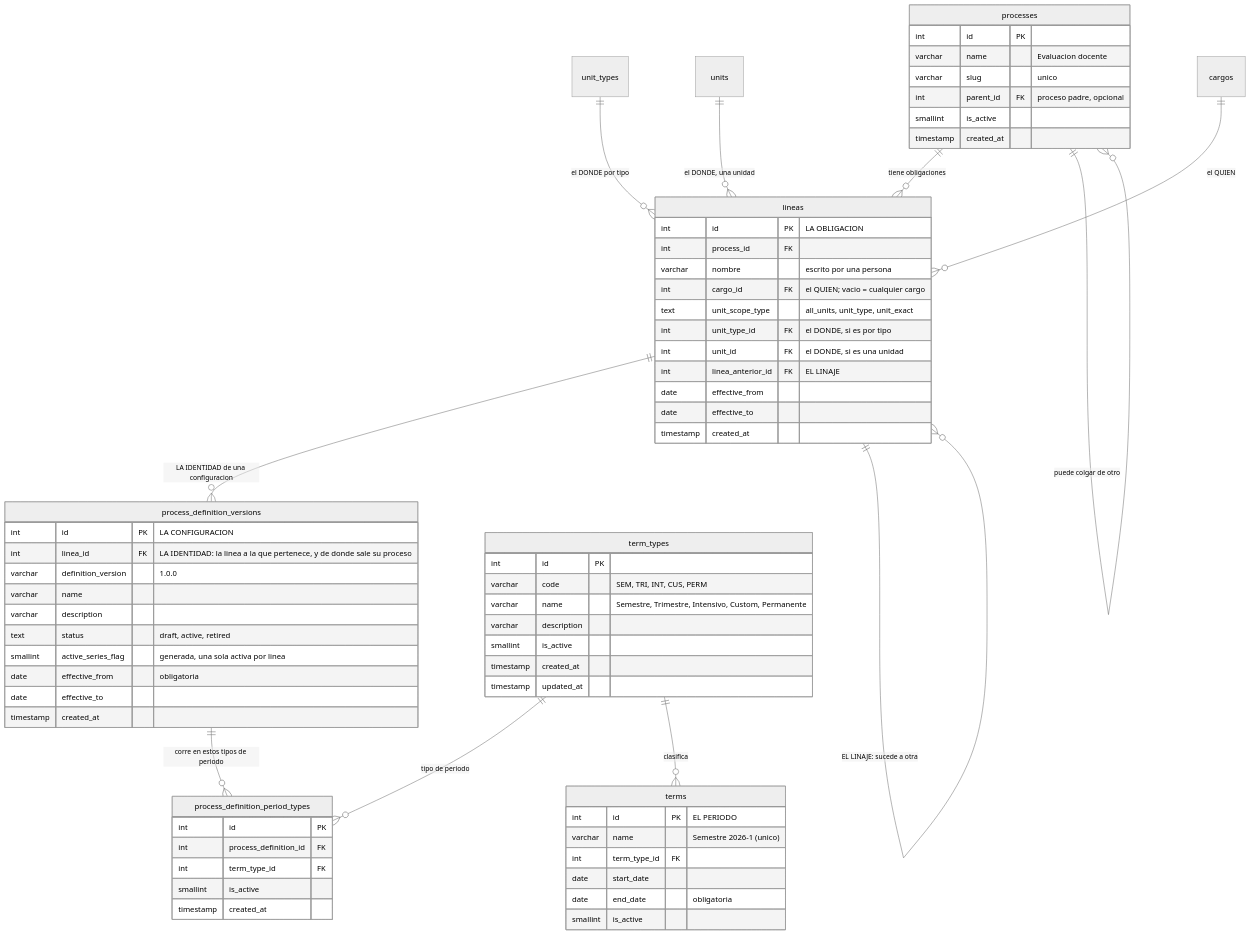
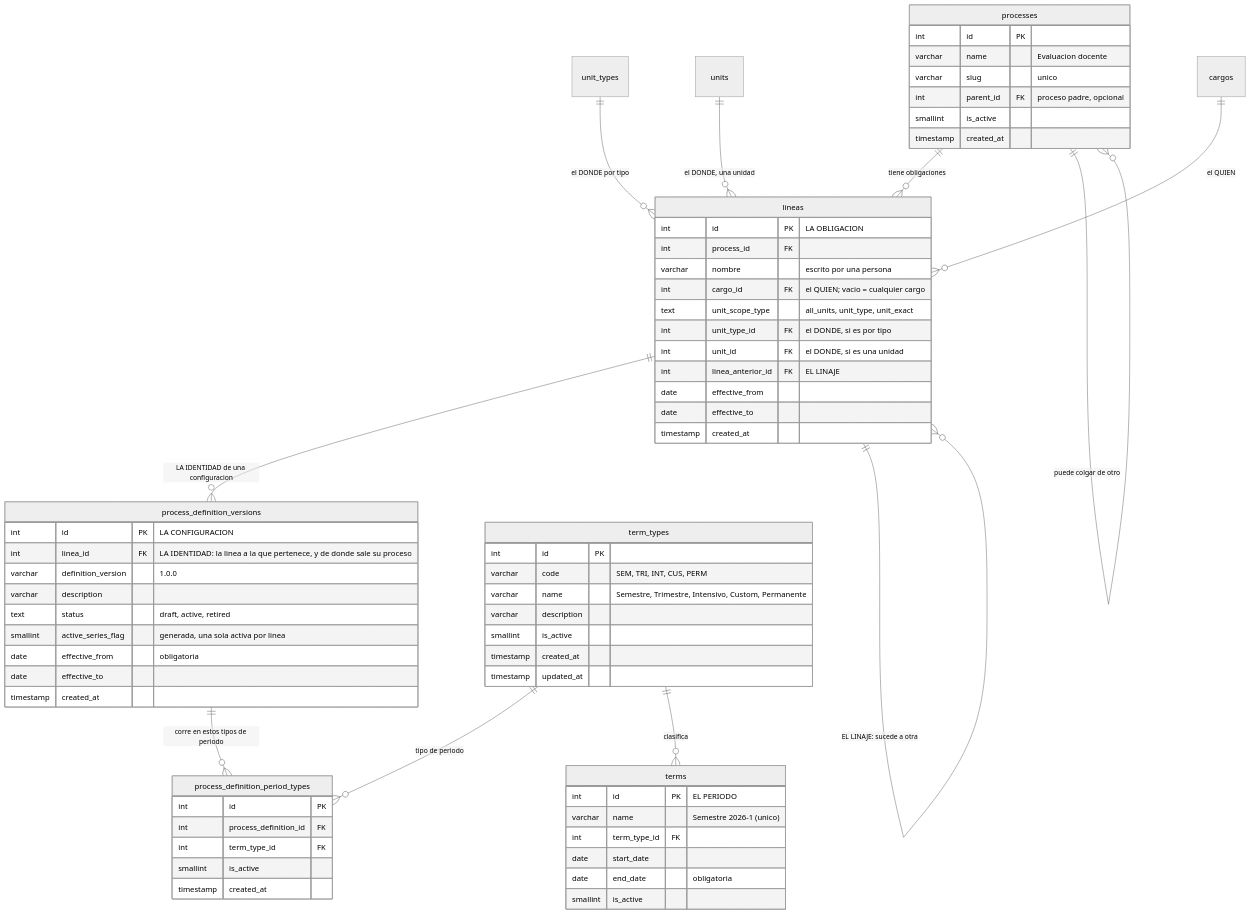
Before and after one commit to fresvel/deasy: the diagram in docs/src/content/docs/modelo/proceso.md, drawn with Mermaid (neutral theme). The commit also changed other lines of this file and 32 other files, not shown here.

````diff
--- a/docs/src/content/docs/modelo/proceso.md
+++ b/docs/src/content/docs/modelo/proceso.md
@@ -129,71 +153,70 @@
 ```mermaid
 erDiagram
   processes ||--o{ lineas : "tiene obligaciones"
   processes ||--o{ processes : "puede colgar de otro"
   lineas ||--o{ process_definition_versions : "LA IDENTIDAD de una configuracion"
   lineas ||--o{ lineas : "EL LINAJE: sucede a otra"
   unit_types ||--o{ lineas : "el DONDE por tipo"
   units ||--o{ lineas : "el DONDE, una unidad"
   cargos ||--o{ lineas : "el QUIEN"
   process_definition_versions ||--o{ process_definition_period_types : "corre en estos tipos de periodo"
   term_types ||--o{ process_definition_period_types : "tipo de periodo"
   term_types ||--o{ terms : "clasifica"
 
   processes {
     int id PK
     varchar name "Evaluacion docente"
     varchar slug "unico"
     int parent_id FK "proceso padre, opcional"
     smallint is_active
     timestamp created_at
   }
   lineas {
     int id PK "LA OBLIGACION"
     int process_id FK
     varchar nombre "escrito por una persona"
     int cargo_id FK "el QUIEN; vacio = cualquier cargo"
     text unit_scope_type "all_units, unit_type, unit_exact"
     int unit_type_id FK "el DONDE, si es por tipo"
     int unit_id FK "el DONDE, si es una unidad"
     int linea_anterior_id FK "EL LINAJE"
     date effective_from
     date effective_to
     timestamp created_at
   }
   process_definition_versions {
     int id PK "LA CONFIGURACION"
     int linea_id FK "LA IDENTIDAD: la linea a la que pertenece, y de donde sale su proceso"
     varchar definition_version "1.0.0"
-    varchar name
     varchar description
     text status "draft, active, retired"
     smallint active_series_flag "generada, una sola activa por linea"
     date effective_from "obligatoria"
     date effective_to
     timestamp created_at
   }
   process_definition_period_types {
     int id PK
     int process_definition_id FK
     int term_type_id FK
     smallint is_active
     timestamp created_at
   }
   term_types {
     int id PK
     varchar code "SEM, TRI, INT, CUS, PERM"
     varchar name "Semestre, Trimestre, Intensivo, Custom, Permanente"
     varchar description
     smallint is_active
     timestamp created_at
     timestamp updated_at
   }
   terms {
     int id PK "EL PERIODO"
     varchar name "Semestre 2026-1 (unico)"
     int term_type_id FK
     date start_date
     date end_date "obligatoria"
     smallint is_active
   }
 ```
````
